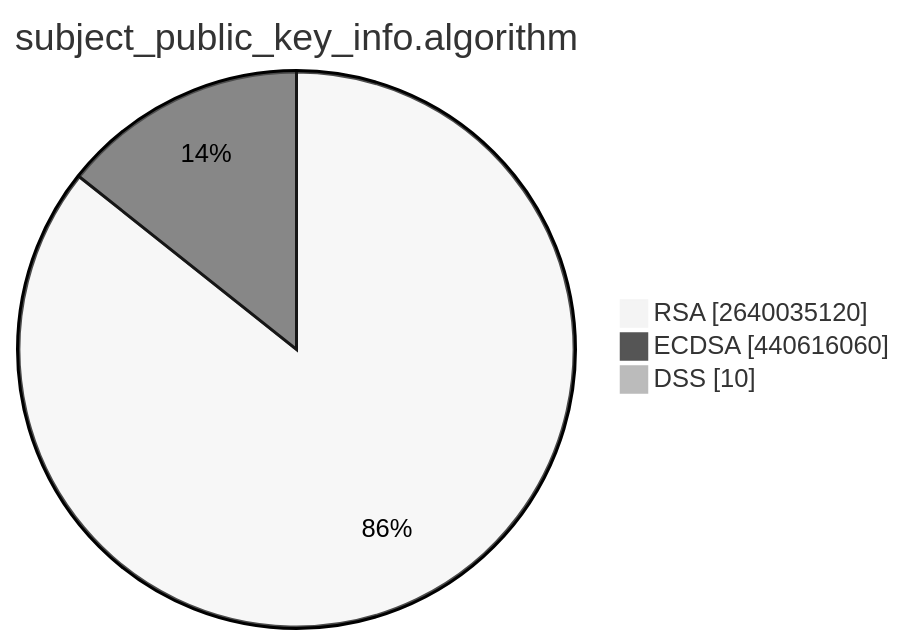
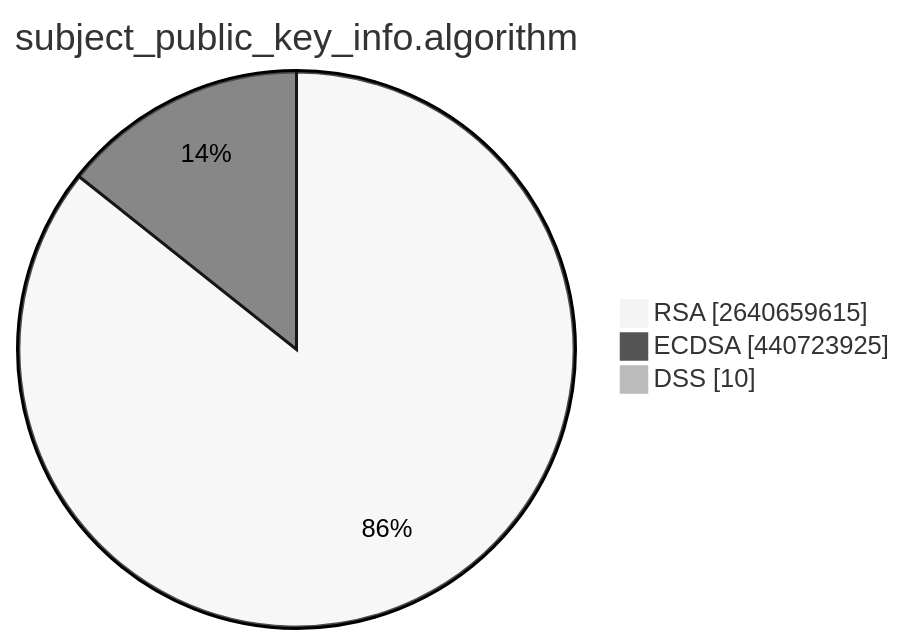
One commit to christiankrug/ctmonitor_visualization changed the second of 15 diagrams in TOTAL/README.md. Above: the diagram before and after it, drawn with Mermaid (neutral theme). The commit also changed other lines of this file, not shown here.

````diff
--- a/TOTAL/README.md
+++ b/TOTAL/README.md
@@ -6,7 +6,7 @@
 ```mermaid
 pie showData
 title subject_public_key_info.algorithm
-"RSA" :2640035120
-"ECDSA" :440616060
+"RSA" :2640659615
+"ECDSA" :440723925
 "DSS" :10
 ```
````
